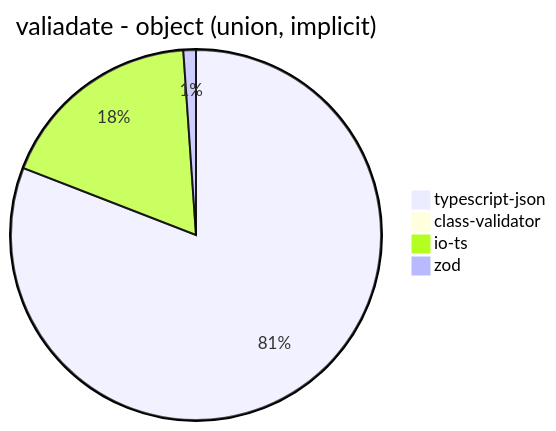
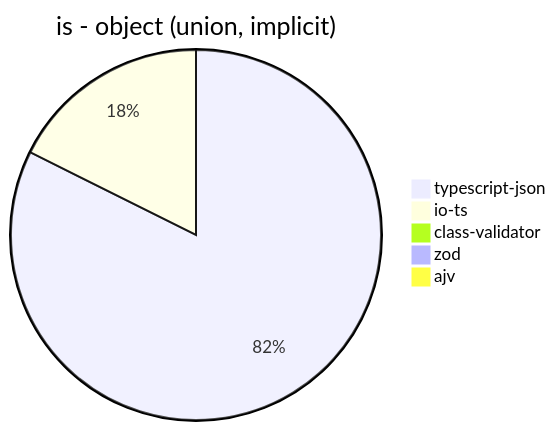
Before and after one commit to samchon/typia: the fourth of 32 diagrams in benchmark/results/AMD Ryzen 7 5800H with Radeon Graphics.md, drawn with Mermaid. The commit also changed other lines of this file and 14 other files, not shown here.

Commit message:
Close #243 and Fix #244 - enhance json schema

````diff
--- a/benchmark/results/AMD Ryzen 7 5800H with Radeon Graphics.md
+++ b/benchmark/results/AMD Ryzen 7 5800H with Radeon Graphics.md
@@ -48,7 +51,8 @@
 ```mermaid
-pie title valiadate - object (union, implicit)
-  "typescript-json": 3848.0163903892717
+pie title is - object (union, implicit)
+  "typescript-json": 14495.641118779513
+  "io-ts": 3101.8518518518517
   "class-validator": 0
-  "io-ts": 856.8040860999635
-  "zod": 52.20137469812372
+  "zod": 52.6515871507318
+  "ajv": 0
 ```
````
